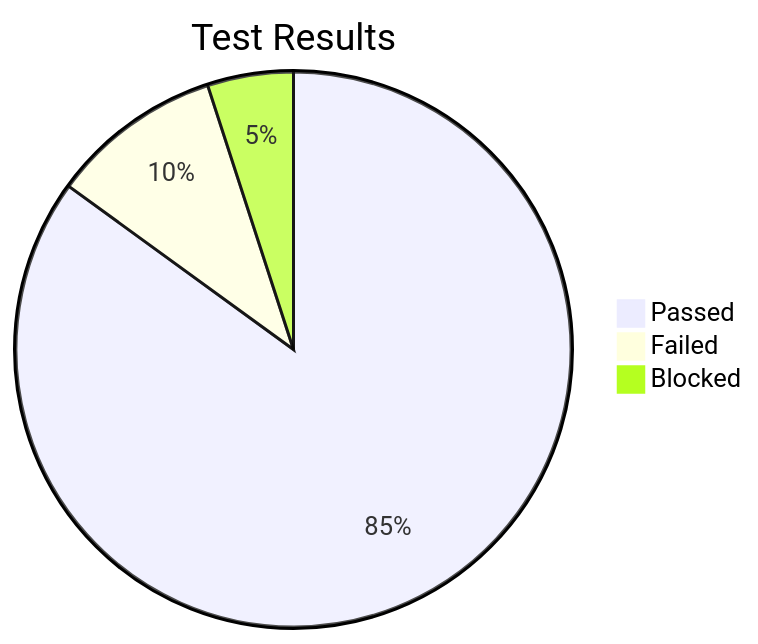
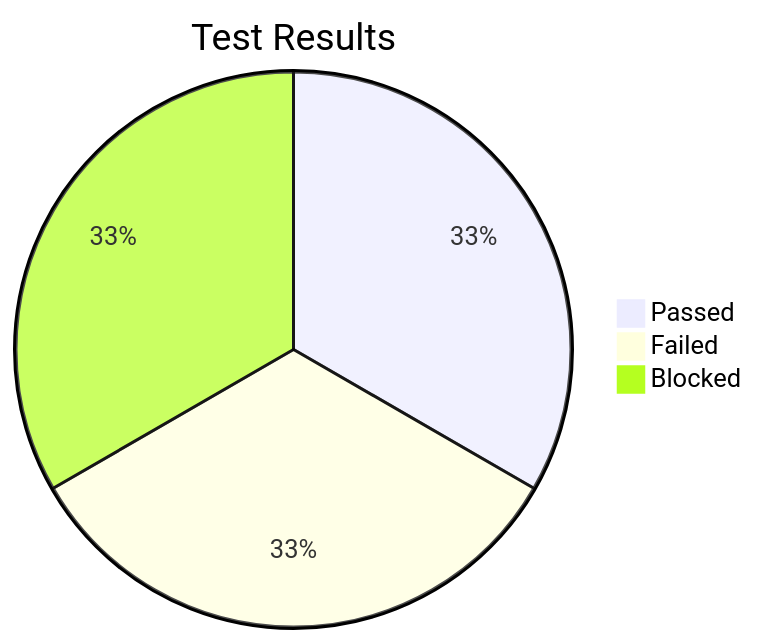
The second of 2 diagrams in Final Test Report.md (PLP-Database-DEPT/swt-w5), drawn with Mermaid before and after one commit. The commit also changed other lines of this file, not shown here.

````diff
--- a/Final Test Report.md
+++ b/Final Test Report.md
@@ -145,7 +135,7 @@
 ```mermaid  
 pie  
     title Test Results  
-    "Passed" : 85  
-    "Failed" : 10  
-    "Blocked" : 5  
+    "Passed" : 1  
+    "Failed" :  1 
+    "Blocked" : 1  
 ```  
````
